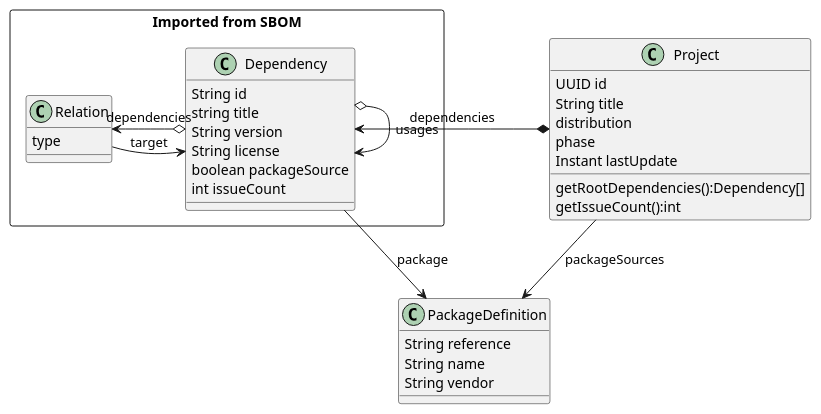
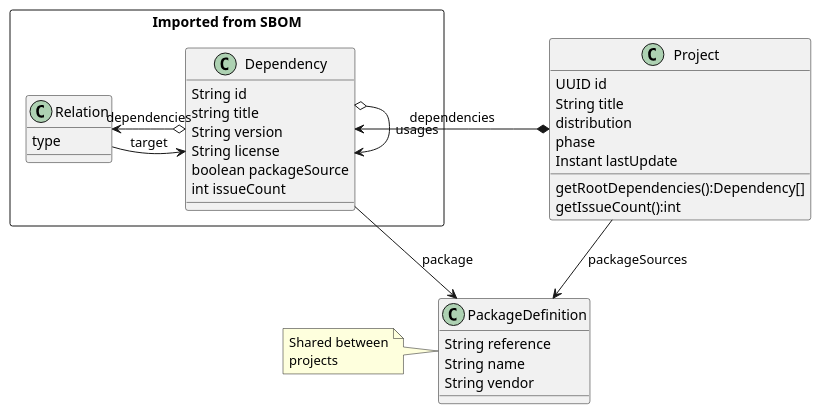
The diagram in src/main/java/com/philips/research/bombar/core/domain/domain_classes.puml (philips-software/bom-bar), drawn with PlantUML before and after one commit. The commit also changed 7 other files, not shown here.

```diff
--- a/src/main/java/com/philips/research/bombar/core/domain/domain_classes.puml
+++ b/src/main/java/com/philips/research/bombar/core/domain/domain_classes.puml
@@ -1,40 +1,44 @@
 @startuml
 
 class PackageDefinition {
     String reference
     String name
     String vendor
 }
+note left of PackageDefinition
+    Shared between
+    projects
+end note
 
 package "Imported from SBOM" <<rectangle>> {
     class Dependency {
         String id
         string title
         String version
         String license
         boolean packageSource
         int issueCount
     }
     Dependency o-> Relation: dependencies
     Dependency o-> Dependency: usages
     Dependency --> PackageDefinition: package
 
     class Relation {
         type
     }
     Relation -> Dependency: target
 }
 
 class Project {
     UUID id
     String title
     distribution
     phase
     Instant lastUpdate
     getRootDependencies():Dependency[]
     getIssueCount():int
 }
 Project *-> Dependency: dependencies
 Project --> PackageDefinition: packageSources
 
 @enduml
```
